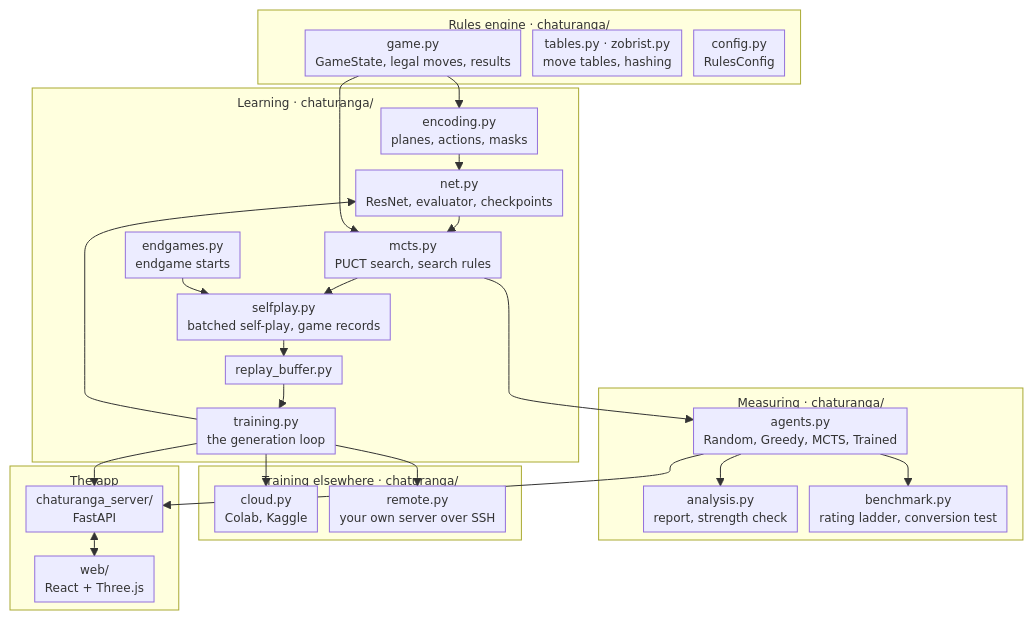
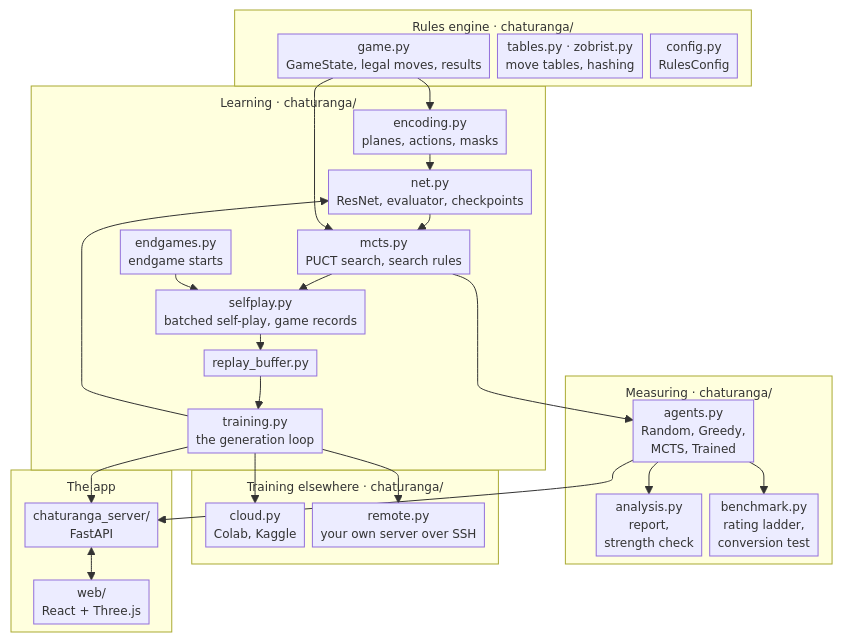
One commit to Aditya-00786/csf407-fable-chaturanga-zero changed the first of 2 diagrams in docs/ARCHITECTURE.md. Above: the diagram before and after it, drawn with Mermaid.

Commit message:
docs: a narrower diagram of the code's parts, every group title readable
761 x 630 px (was 938 x 608): blocks closer side by side, and the
Measuring blocks' labels on three lines, same words. A little more room
under each group's title, so none hides behind a block as four did.
All 17 blocks, 17 links and 5 groups as before, at 12px.

````diff
--- a/docs/ARCHITECTURE.md
+++ b/docs/ARCHITECTURE.md
@@ -9,43 +9,43 @@
 ```mermaid
-%%{init: {"flowchart": {"nodeSpacing": 12, "rankSpacing": 16, "padding": 5, "diagramPadding": 4, "subGraphTitleMargin": {"top": 6, "bottom": 6}}, "themeVariables": {"fontSize": "12px"}}}%%
+%%{init: {"flowchart": {"nodeSpacing": 8, "rankSpacing": 16, "padding": 4, "diagramPadding": 4, "subGraphTitleMargin": {"top": 8, "bottom": 8}}, "themeVariables": {"fontSize": "12px"}}}%%
 flowchart TB
     subgraph engine[Rules engine · chaturanga/]
         game[game.py<br/>GameState, legal moves, results]
         tables[tables.py · zobrist.py<br/>move tables, hashing]
         config[config.py<br/>RulesConfig]
     end
     subgraph learn[Learning · chaturanga/]
         enc[encoding.py<br/>planes, actions, masks]
         net[net.py<br/>ResNet, evaluator, checkpoints]
         mcts[mcts.py<br/>PUCT search, search rules]
         sp[selfplay.py<br/>batched self-play, game records]
         buf[replay_buffer.py]
         train[training.py<br/>the generation loop]
         endg[endgames.py<br/>endgame starts]
     end
     subgraph measure[Measuring · chaturanga/]
-        agents[agents.py<br/>Random, Greedy, MCTS, Trained]
-        analysis[analysis.py<br/>report, strength check]
-        bench[benchmark.py<br/>rating ladder, conversion test]
+        agents[agents.py<br/>Random, Greedy,<br/>MCTS, Trained]
+        analysis[analysis.py<br/>report,<br/>strength check]
+        bench[benchmark.py<br/>rating ladder,<br/>conversion test]
     end
     subgraph elsewhere[Training elsewhere · chaturanga/]
         cloud[cloud.py<br/>Colab, Kaggle]
         remote[remote.py<br/>your own server over SSH]
     end
     subgraph app[The app]
         server[chaturanga_server/<br/>FastAPI]
         web[web/<br/>React + Three.js]
     end
     game --> enc --> net --> mcts
     game --> mcts
     mcts --> sp --> buf --> train --> net
     endg --> sp
     mcts --> agents
     agents --> analysis
     agents --> bench
     train --> cloud
     train --> remote
     agents --> server
     train --> server
     server <--> web
 ```
````
